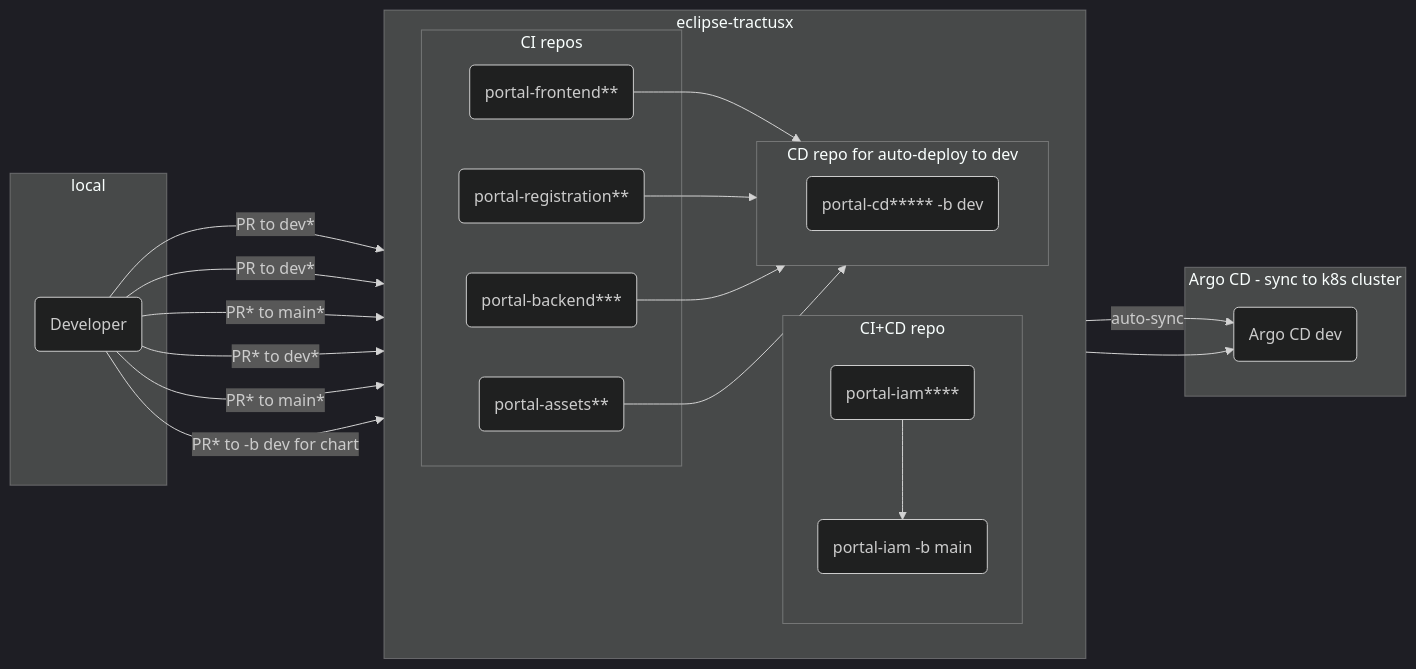
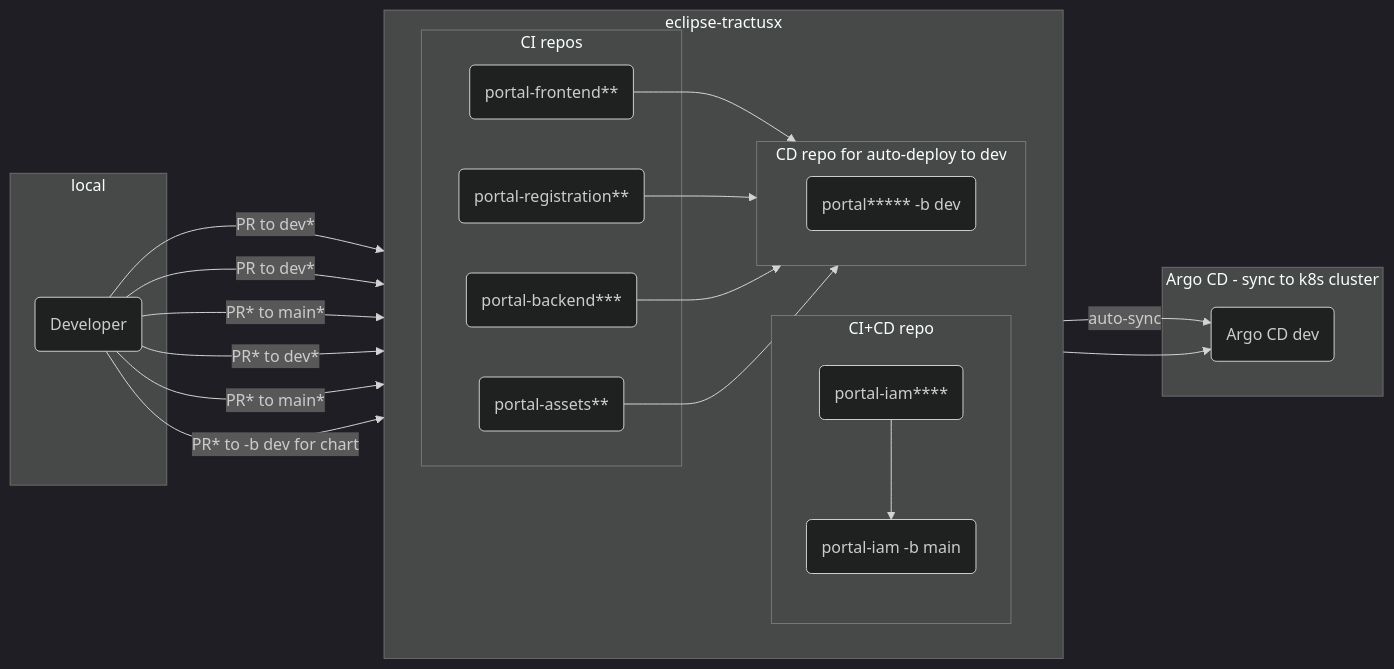
One commit to eclipse-tractusx/portal-assets changed the diagram in docs/developer/Technical Documentation/Dev Process/Dev-flow_deploy-dev-env.md. Above: the diagram before and after it, drawn with Mermaid (dark theme). The commit also changed 9 other files, not shown here.

````diff
--- a/docs/developer/Technical Documentation/Dev Process/Dev-flow_deploy-dev-env.md
+++ b/docs/developer/Technical Documentation/Dev Process/Dev-flow_deploy-dev-env.md
@@ -3,38 +3,38 @@
 ```mermaid
 flowchart LR
     subgraph local
     D(Developer)
     end
     subgraph eclipse-tractusx
         direction LR
         subgraph CI repos
             D -- PR to dev* --> PF(portal-frontend**)
             D -- PR to dev* --> PR(portal-registration**)
             D -- PR* to main* --> PA(portal-assets**)
             D -- PR* to dev*--> PB(portal-backend***)
             click PF "https://github.com/eclipse-tractusx/portal-frontend"
             click PR "https://github.com/eclipse-tractusx/portal-frontend-registration"
             click PA "https://github.com/eclipse-tractusx/portal-assets"
             click PB "https://github.com/eclipse-tractusx/portal-backend"
         end
         subgraph CI+CD repo
             direction TB
             D -- PR* to main* --> PI(portal-iam****)
             PI --> PICD(portal-iam -b main)
             click PI "https://github.com/eclipse-tractusx/portal-iam"
         end
         subgraph CD repo for auto-deploy to dev
             direction LR
-            PF --> CD(portal-cd***** -b dev)
+            PF --> CD(portal***** -b dev)
             PR --> CD
             PB --> CD
             PA --> CD
             D -- PR* to -b dev for chart --> CD
-            click CD "https://github.com/eclipse-tractusx/portal-cd"
+            click CD "https://github.com/eclipse-tractusx/portal"
         end
     end
     subgraph Argo CD - sync to k8s cluster
     CD -- auto-sync --> A(Argo CD dev)
     PICD --> A
     end
 ```
````
